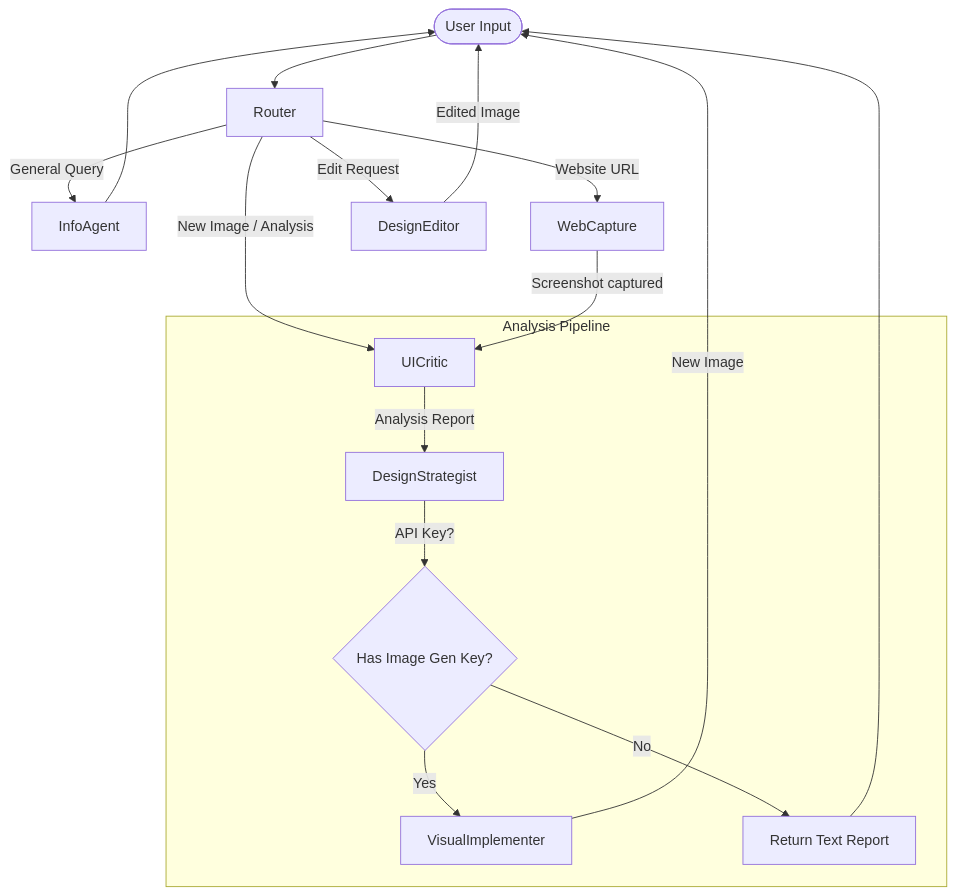
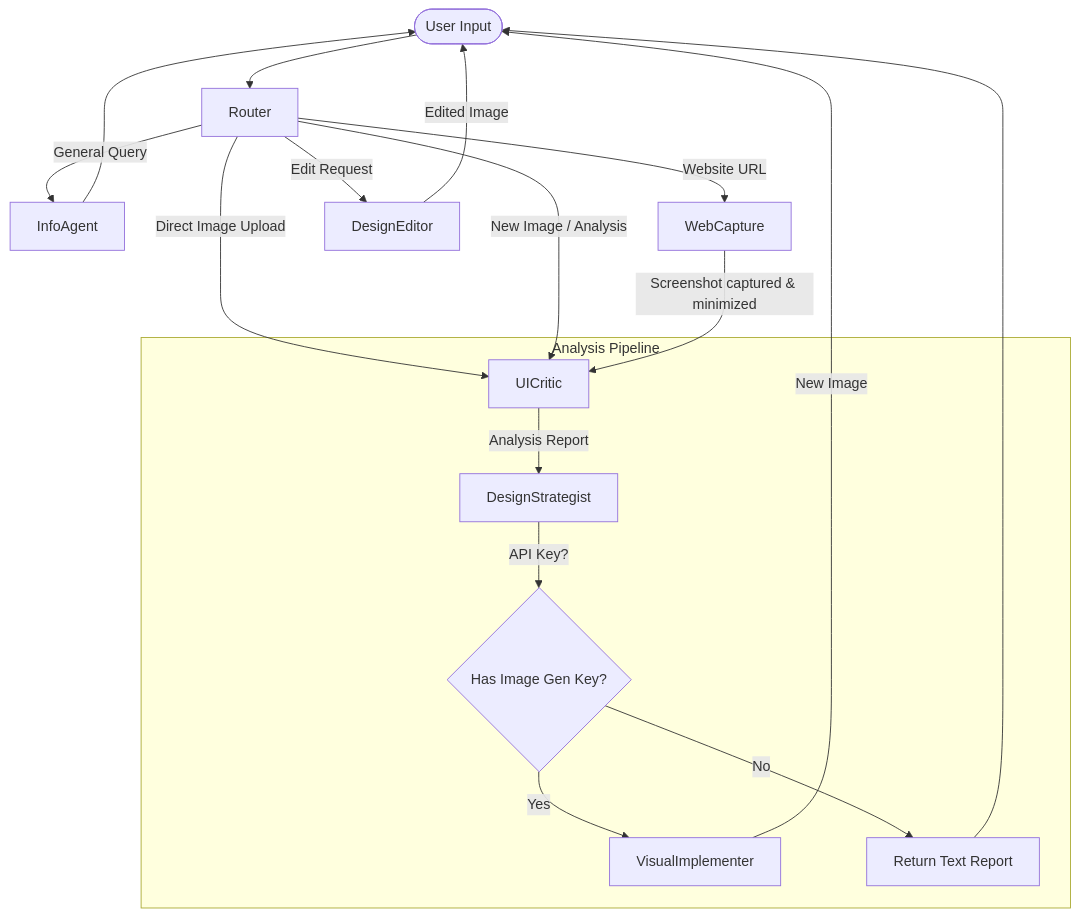
Before and after one commit to gedeoni/ui_analyser: the diagram in README.md, drawn with Mermaid. The commit also changed other lines of this file and 5 other files, not shown here.

````diff
--- a/README.md
+++ b/README.md
@@ -19,22 +21,23 @@
 ```mermaid
 graph TD
     User([User Input]) --> Router
     Router --> |General Query| InfoAgent
     Router --> |Website URL| WebCapture
+    Router --> |Direct Image Upload| UICritic
     Router --> |New Image / Analysis| UICritic
     Router --> |Edit Request| DesignEditor
     
-    WebCapture --> |Screenshot captured| UICritic
+    WebCapture --> |Screenshot captured & minimized| UICritic
     
     subgraph Analysis Pipeline
         UICritic --> |Analysis Report| DesignStrategist
         DesignStrategist --> |API Key?| Check{Has Image Gen Key?}
         Check --> |Yes| VisualImplementer
         Check --> |No| EndReport[Return Text Report]
     end
     
     VisualImplementer --> |New Image| User
     EndReport --> User
     DesignEditor --> |Edited Image| User
     InfoAgent --> User
 ```
````
